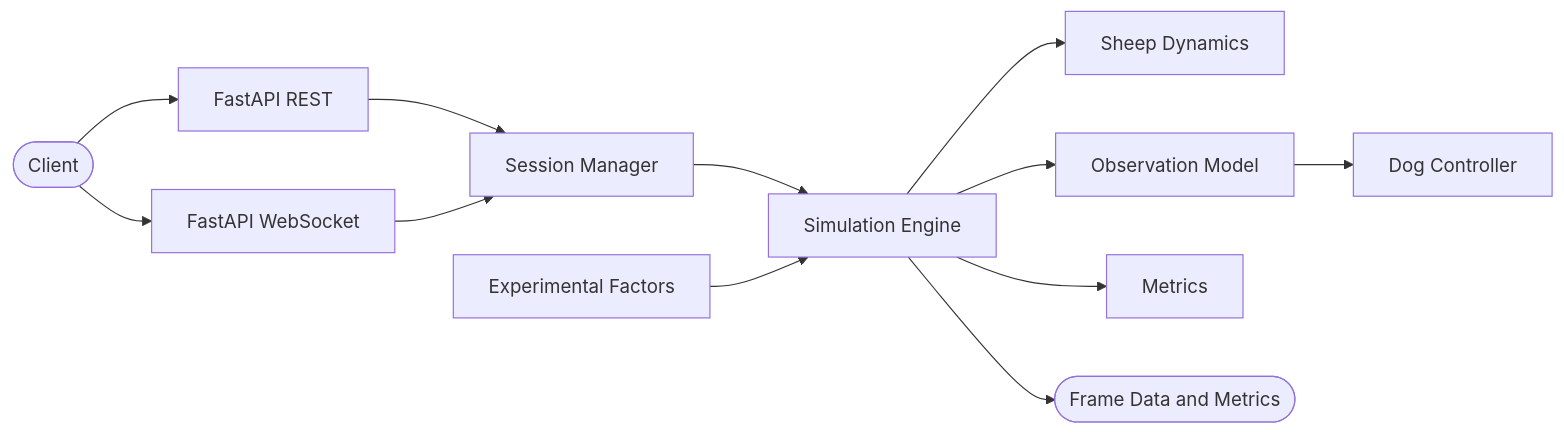
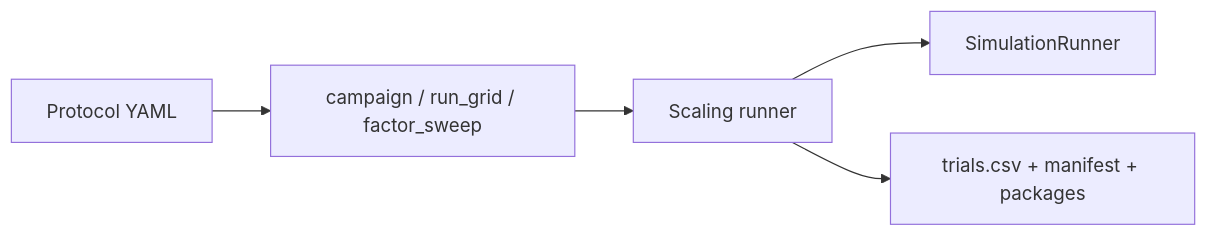
The first of 2 diagrams in docs/architecture.md (lykimq/HerdSim), drawn with Mermaid before and after one commit. The commit also changed other lines of this file and 139 other files, not shown here.

````diff
--- a/docs/architecture.md
+++ b/docs/architecture.md
@@ -14,26 +33,13 @@
 ```mermaid
 flowchart LR
-  client([Client])
-  apiHTTP["FastAPI REST"]
-  apiWS["FastAPI WebSocket"]
-  sessions["Session Manager"]
-  runner["Simulation Engine"]
-  factors["Experimental Factors"]
-  sheep["Sheep Dynamics"]
-  obs["Observation Model"]
-  dogs["Dog Controller"]
-  metrics["Metrics"]
-  out(["Frame Data and Metrics"])
+  proto["Protocol YAML"]
+  camp["campaign / run_grid / factor_sweep"]
+  runner["Scaling runner"]
+  engine["SimulationRunner"]
+  out["trials.csv + manifest + packages"]
 
-  client --> apiHTTP
-  client --> apiWS
-  apiHTTP --> sessions
-  apiWS --> sessions
-  sessions --> runner
-  factors --> runner
-  runner --> sheep
-  runner --> obs
-  obs --> dogs
-  runner --> metrics
+  proto --> camp
+  camp --> runner
+  runner --> engine
   runner --> out
 ```
````
